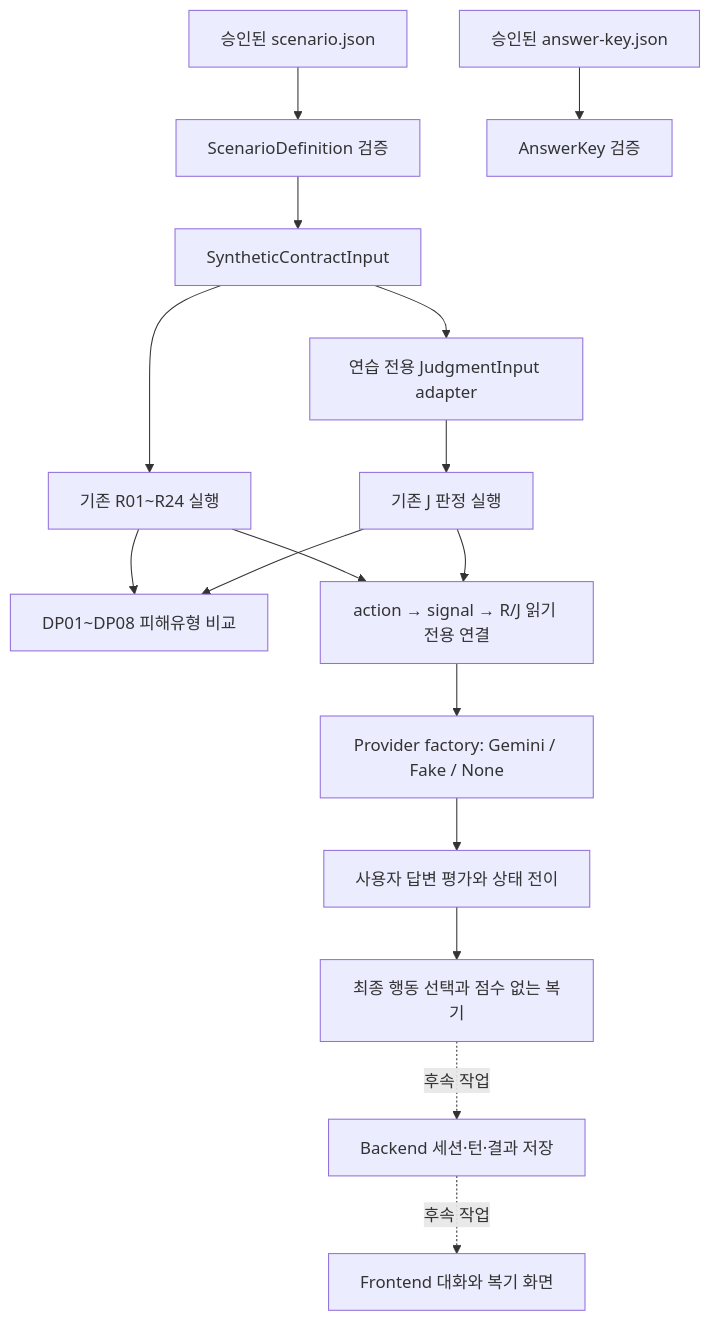
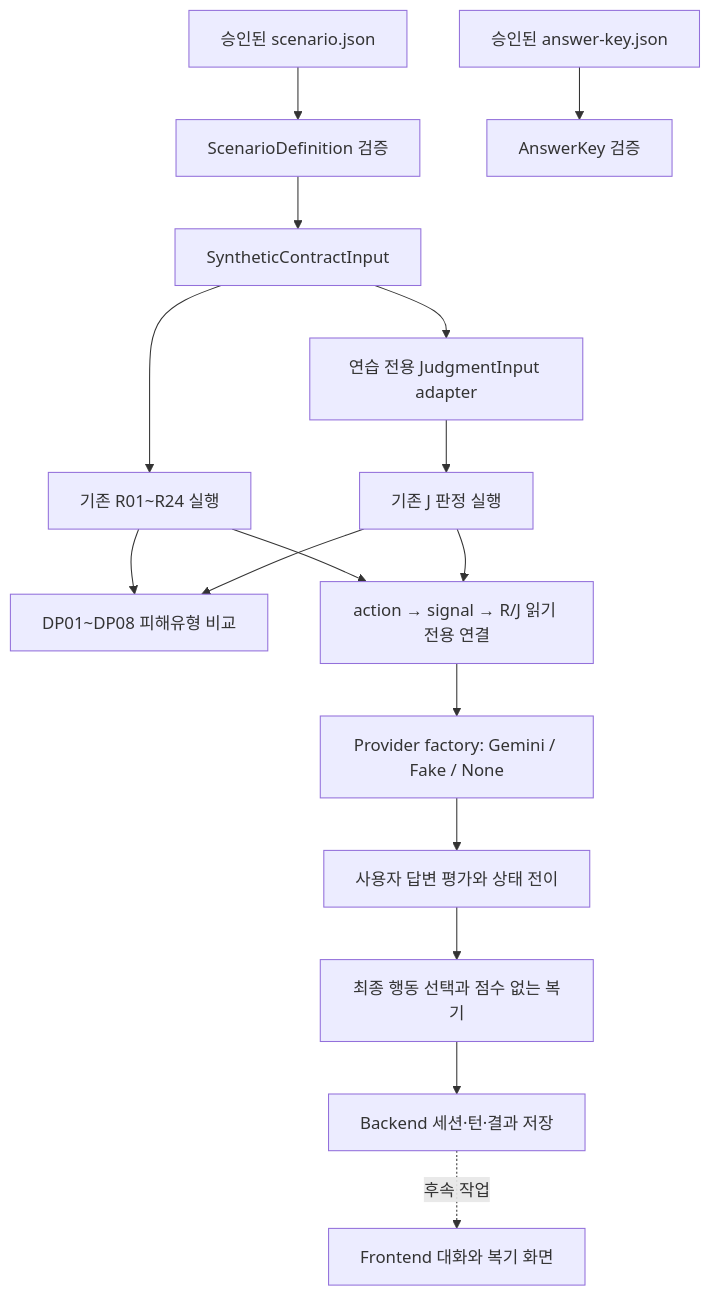
One commit to coding-jhj/Lease-Companion changed the diagram in docs/planning/practice-simulation-work-guide.md. Above: the diagram before and after it, drawn with Mermaid. The commit also changed other lines of this file and 10 other files, not shown here.

````diff
--- a/docs/planning/practice-simulation-work-guide.md
+++ b/docs/planning/practice-simulation-work-guide.md
@@ -51,18 +52,18 @@
 ```mermaid
 flowchart TD
     A[승인된 scenario.json] --> B[ScenarioDefinition 검증]
     C[승인된 answer-key.json] --> D[AnswerKey 검증]
     B --> E[SyntheticContractInput]
     E --> F[기존 R01~R24 실행]
     E --> G[연습 전용 JudgmentInput adapter]
     G --> H[기존 J 판정 실행]
     F --> I[DP01~DP08 피해유형 비교]
     H --> I
     F --> J[action → signal → R/J 읽기 전용 연결]
     H --> J
     J --> P[Provider factory: Gemini / Fake / None]
     P --> K[사용자 답변 평가와 상태 전이]
     K --> N[최종 행동 선택과 점수 없는 복기]
-    N -. 후속 작업 .-> L[Backend 세션·턴·결과 저장]
+    N --> L[Backend 세션·턴·결과 저장]
     L -. 후속 작업 .-> M[Frontend 대화와 복기 화면]
 ```
````
